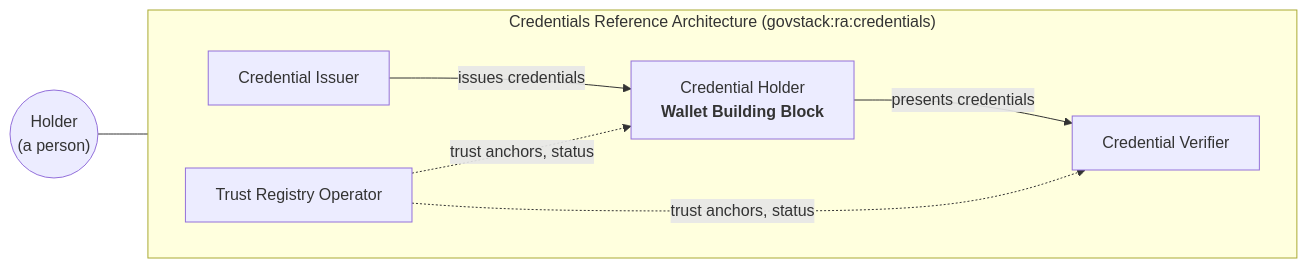
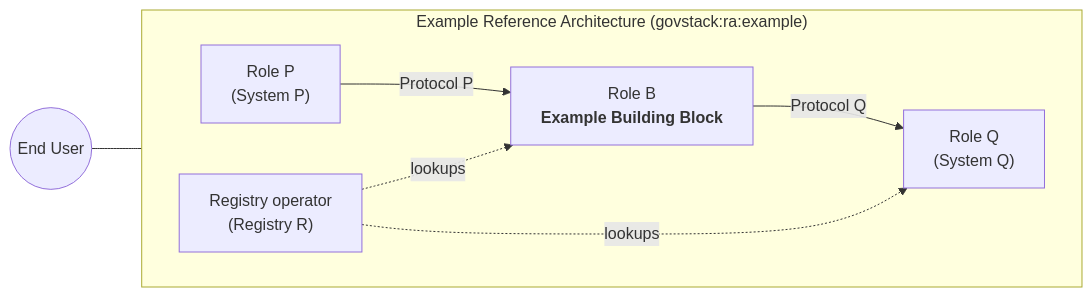
One commit to GovStackWorkingGroup/specification-framework changed the diagram in chapters/introductory_chapters.md. Above: the diagram before and after it, drawn with Mermaid. The commit also changed other lines of this file and 12 other files, not shown here.

````diff
--- a/chapters/introductory_chapters.md
+++ b/chapters/introductory_chapters.md
@@ -93,15 +93,15 @@
 ```mermaid
 flowchart LR
-  subgraph RA["Credentials Reference Architecture (govstack:ra:credentials)"]
+  subgraph RA["Example Reference Architecture (govstack:ra:example)"]
     direction LR
-    Issuer["Credential Issuer"]
-    Wallet["Credential Holder<br/><b>Wallet Building Block</b>"]
-    Verifier["Credential Verifier"]
-    Registry["Trust Registry Operator"]
-    Issuer -- "issues credentials" --> Wallet
-    Wallet -- "presents credentials" --> Verifier
-    Registry -. "trust anchors, status" .-> Wallet
-    Registry -. "trust anchors, status" .-> Verifier
+    P["Role P<br/>(System P)"]
+    BB["Role B<br/><b>Example Building Block</b>"]
+    Q["Role Q<br/>(System Q)"]
+    R["Registry operator<br/>(Registry R)"]
+    P -- "Protocol P" --> BB
+    BB -- "Protocol Q" --> Q
+    R -. "lookups" .-> BB
+    R -. "lookups" .-> Q
   end
-  Person(("Holder<br/>(a person)")) --- Wallet
+  User(("End User")) --- BB
 ```
````
